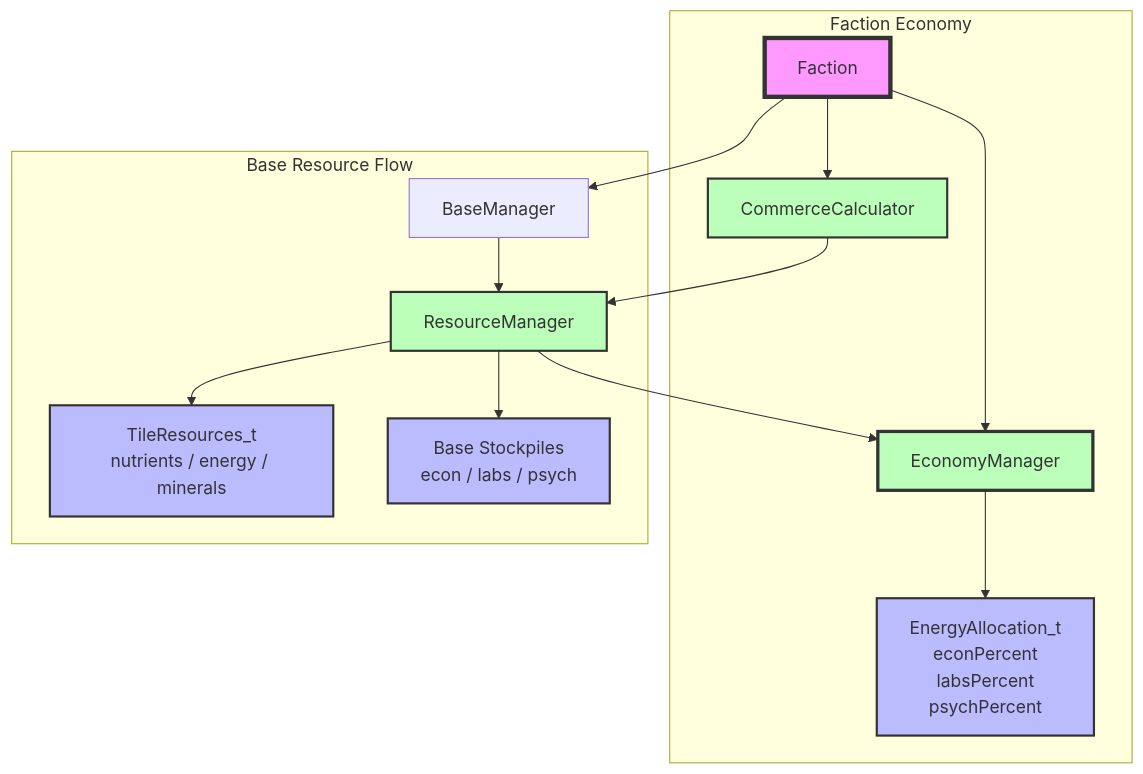
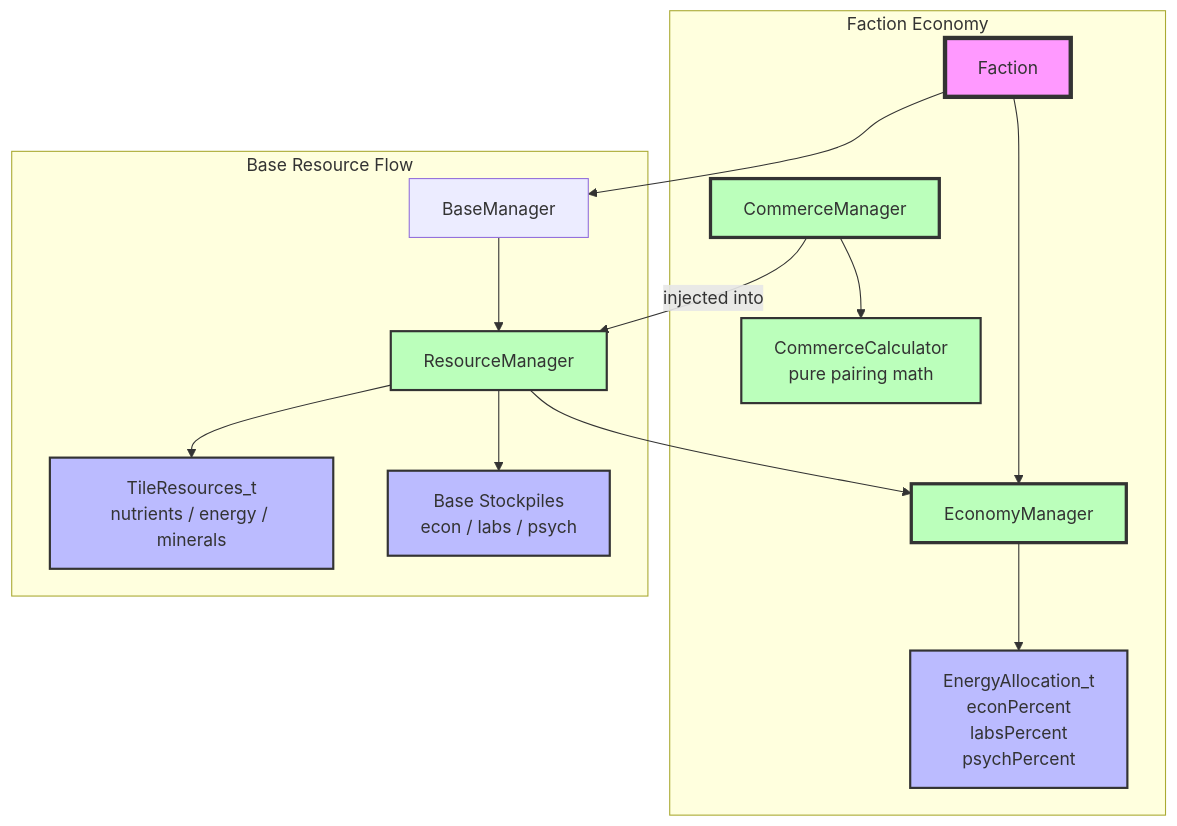
The diagram in docs/architecture/economy-system.md (kilianloftis/alpha-centauri), drawn with Mermaid before and after one commit. The commit also changed other lines of this file and 20 other files, not shown here.

````diff
--- a/docs/architecture/economy-system.md
+++ b/docs/architecture/economy-system.md
@@ -3,35 +3,37 @@
 ```mermaid
 graph TB
     subgraph "Faction Economy"
         Faction[Faction]
         EconomyManager[EconomyManager]
         EnergyAllocation[EnergyAllocation_t<br/>econPercent<br/>labsPercent<br/>psychPercent]
-        CommerceCalculator[CommerceCalculator]
+        CommerceManager[CommerceManager]
+        CommerceCalculator[CommerceCalculator<br/>pure pairing math]
     end
 
     subgraph "Base Resource Flow"
         BaseManager[BaseManager]
         ResourceManager[ResourceManager]
         TileResources[TileResources_t<br/>nutrients / energy / minerals]
         Stockpiles[Base Stockpiles<br/>econ / labs / psych]
     end
 
     Faction --> EconomyManager
     EconomyManager --> EnergyAllocation
-    Faction --> CommerceCalculator
-    CommerceCalculator --> ResourceManager
+    CommerceManager -->|"injected into"| ResourceManager
+    CommerceManager --> CommerceCalculator
 
     Faction --> BaseManager
     BaseManager --> ResourceManager
     ResourceManager --> EconomyManager
     ResourceManager --> TileResources
     ResourceManager --> Stockpiles
 
     style Faction fill:#f9f,stroke:#333,stroke-width:4px
     style EconomyManager fill:#bfb,stroke:#333,stroke-width:3px
+    style CommerceManager fill:#bfb,stroke:#333,stroke-width:3px
     style CommerceCalculator fill:#bfb,stroke:#333,stroke-width:2px
     style ResourceManager fill:#bfb,stroke:#333,stroke-width:2px
     style EnergyAllocation fill:#bbf,stroke:#333,stroke-width:2px
     style TileResources fill:#bbf,stroke:#333,stroke-width:2px
     style Stockpiles fill:#bbf,stroke:#333,stroke-width:2px
 ```
````
